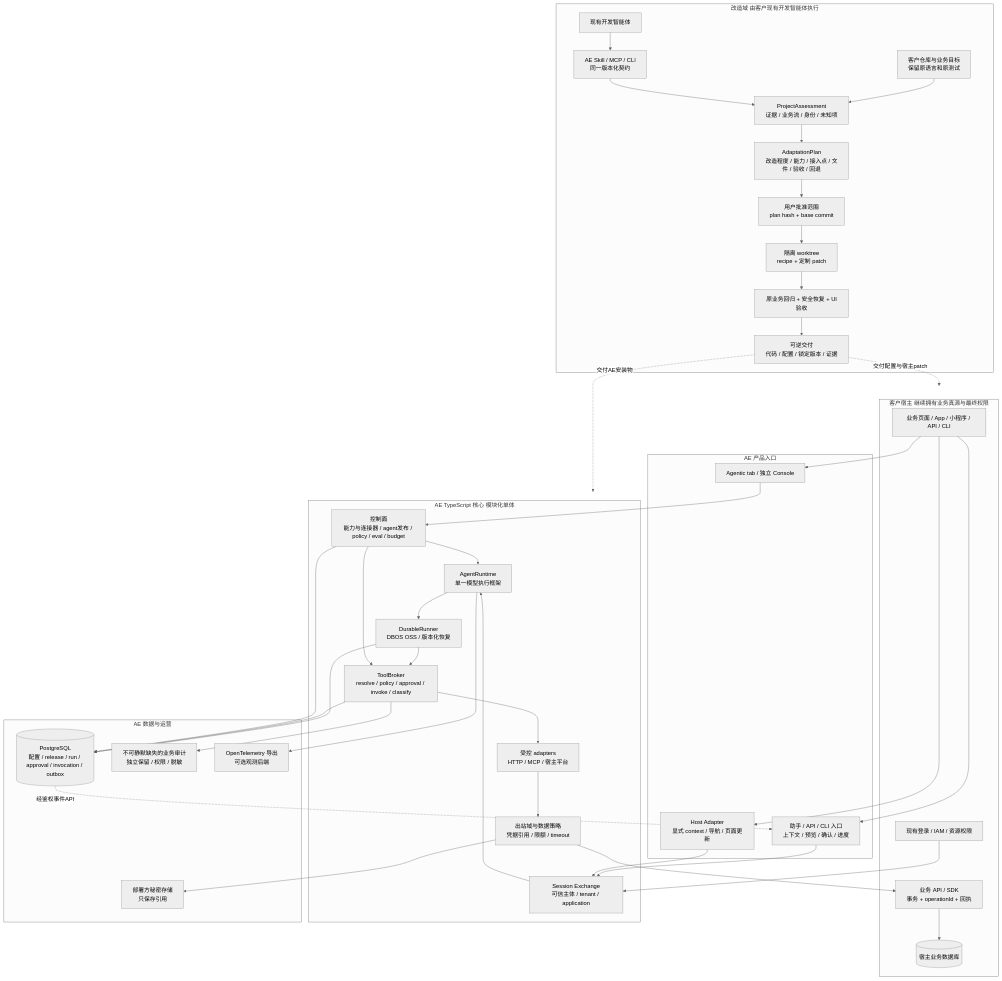
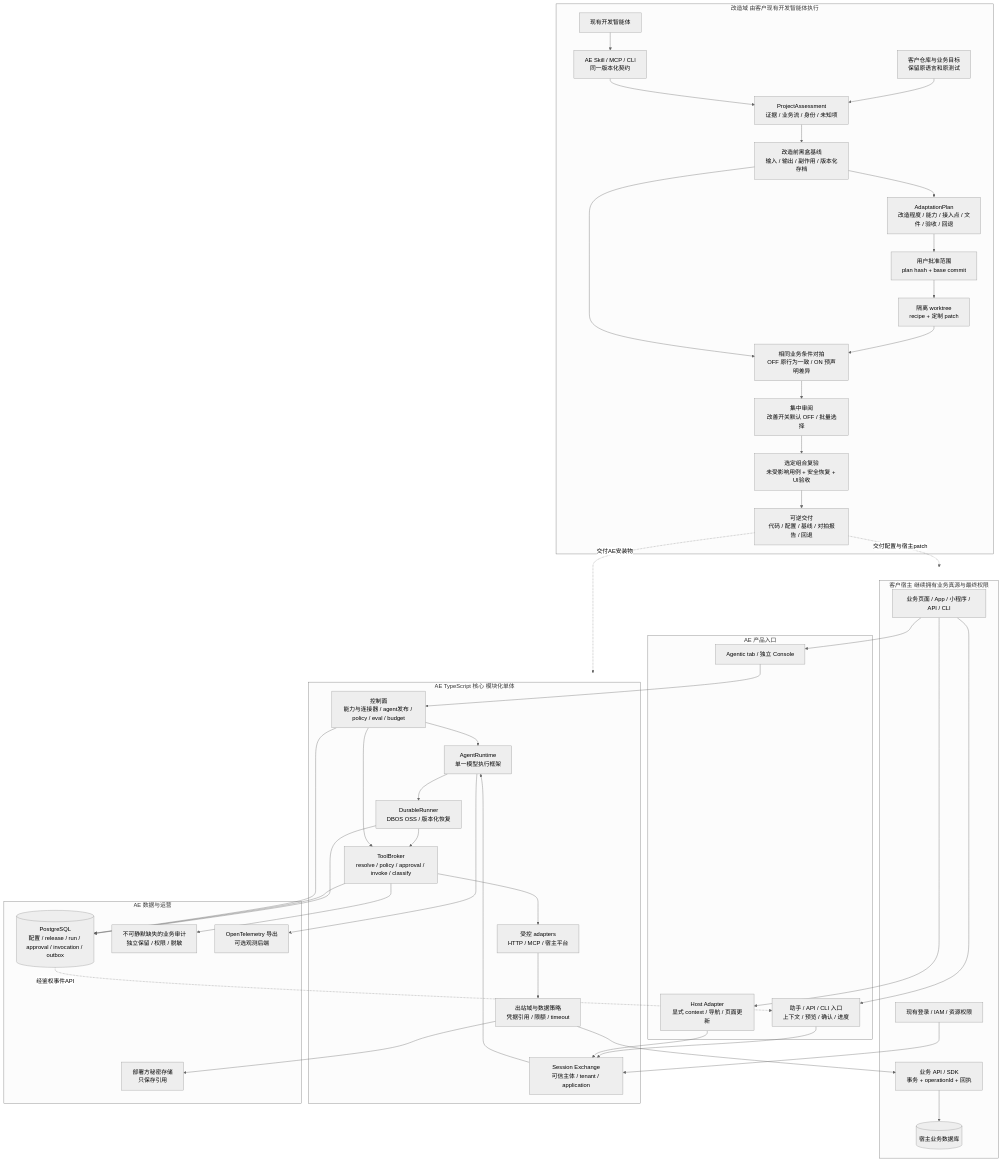
One commit to xinzhuwang-wxz/agentic-everything changed the first of 4 diagrams in IMPLEMENTATION_PLAN.md. Above: the diagram before and after it, drawn with Mermaid (neutral theme). The commit also changed other lines of this file and 1 other file, not shown here.

````diff
--- a/IMPLEMENTATION_PLAN.md
+++ b/IMPLEMENTATION_PLAN.md
@@ -141,64 +144,68 @@
 ```mermaid
 flowchart TB
   subgraph TRANSFORM["改造域  由客户现有开发智能体执行"]
     DEV["现有开发智能体"] --> DIST["AE Skill / MCP / CLI<br/>同一版本化契约"]
     REPO["客户仓库与业务目标<br/>保留原语言和原测试"] --> ASSESS["ProjectAssessment<br/>证据 / 业务流 / 身份 / 未知项"]
     DIST --> ASSESS
-    ASSESS --> PLAN["AdaptationPlan<br/>改造程度 / 能力 / 接入点 / 文件 / 验收 / 回退"]
+    ASSESS --> BASELINE["改造前黑盒基线<br/>输入 / 输出 / 副作用 / 版本化存档"]
+    BASELINE --> PLAN["AdaptationPlan<br/>改造程度 / 能力 / 接入点 / 文件 / 验收 / 回退"]
     PLAN --> GRANT["用户批准范围<br/>plan hash + base commit"]
     GRANT --> PATCH["隔离 worktree<br/>recipe + 定制 patch"]
-    PATCH --> VERIFY["原业务回归 + 安全恢复 + UI验收"]
-    VERIFY --> PACKAGE["可逆交付<br/>代码 / 配置 / 锁定版本 / 证据"]
+    PATCH --> COMPARE["相同业务条件对拍<br/>OFF 原行为一致 / ON 预声明差异"]
+    BASELINE --> COMPARE
+    COMPARE --> REVIEW["集中审阅<br/>改善开关默认 OFF / 批量选择"]
+    REVIEW --> VERIFY["选定组合复验<br/>未受影响用例 + 安全恢复 + UI验收"]
+    VERIFY --> PACKAGE["可逆交付<br/>代码 / 配置 / 基线 / 对拍报告 / 回退"]
   end
   subgraph HOST["客户宿主  继续拥有业务真源与最终权限"]
     PAGE["业务页面 / App / 小程序 / API / CLI"]
     AUTH["现有登录 / IAM / 资源权限"]
     API["业务 API / SDK<br/>事务 + operationId + 回执"]
     HDB[("宿主业务数据库")]
     API --> HDB
   end
   subgraph SURFACE["AE 产品入口"]
     TAB["Agentic tab / 独立 Console"]
     CHAT["助手 / API / CLI 入口<br/>上下文 / 预览 / 确认 / 进度"]
     BRIDGE["Host Adapter<br/>显式 context / 导航 / 页面更新"]
   end
   subgraph CORE["AE TypeScript 核心  模块化单体"]
     SESSION["Session Exchange<br/>可信主体 / tenant / application"]
     CONTROL["控制面<br/>能力与连接器 / agent发布 / policy / eval / budget"]
     RUN["AgentRuntime<br/>单一模型执行框架"]
     DURABLE["DurableRunner<br/>DBOS OSS / 版本化恢复"]
     BROKER["ToolBroker<br/>resolve / policy / approval / invoke / classify"]
     ADAPTER["受控 adapters<br/>HTTP / MCP / 宿主平台"]
     EGRESS["出站域与数据策略<br/>凭据引用 / 限额 / timeout"]
   end
   subgraph DATA["AE 数据与运营"]
     PG[("PostgreSQL<br/>配置 / release / run / approval / invocation / outbox")]
     SECRETS["部署方秘密存储<br/>只保存引用"]
     AUDIT["不可静默缺失的业务审计<br/>独立保留 / 权限 / 脱敏"]
     TELEMETRY["OpenTelemetry 导出<br/>可选观测后端"]
   end
   PACKAGE -.交付配置与宿主patch.-> HOST
   PACKAGE -.交付AE安装物.-> CORE
   PAGE --> TAB
   PAGE --> CHAT
   PAGE --> BRIDGE
   AUTH --> SESSION
   TAB --> CONTROL
   CHAT --> SESSION
   BRIDGE --> SESSION
   SESSION --> RUN
   CONTROL --> RUN
   RUN --> DURABLE
   DURABLE --> BROKER
   CONTROL --> BROKER
   BROKER --> ADAPTER
   ADAPTER --> EGRESS
   EGRESS --> API
   EGRESS --> SECRETS
   DURABLE --> PG
   BROKER --> PG
   CONTROL --> PG
   BROKER --> AUDIT
   RUN --> TELEMETRY
   PG -.经鉴权事件API.-> CHAT
 ```
````
